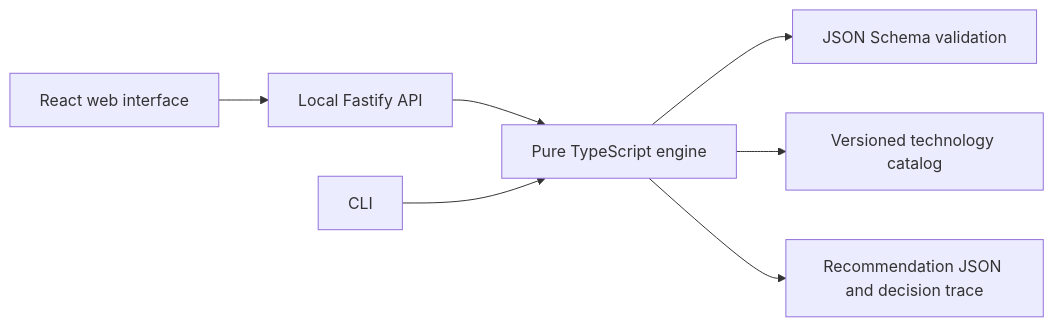
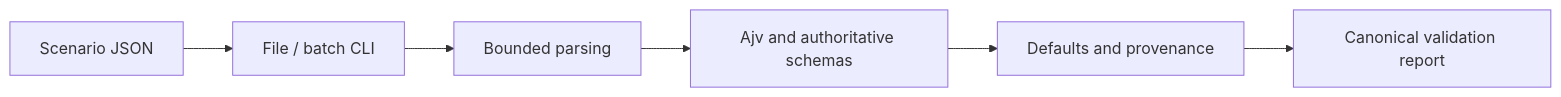
One commit to oki-dokii/StackSense changed the diagram in README.md. Above: the diagram before and after it, drawn with Mermaid. The commit also changed other lines of this file and 30 other files, not shown here.

Commit message:
feat: implement phase 1 contract validation and scenario CLI

````diff
--- a/README.md
+++ b/README.md
@@ -19,9 +73,8 @@
 ```mermaid
 flowchart LR
-  UI[React web interface] --> API[Local Fastify API]
-  API --> Engine[Pure TypeScript engine]
-  CLI[CLI] --> Engine
-  Engine --> Contracts[JSON Schema validation]
-  Engine --> KB[Versioned technology catalog]
-  Engine --> Output[Recommendation JSON and decision trace]
+  Input[Scenario JSON] --> CLI[File / batch CLI]
+  CLI --> Parse[Bounded parsing]
+  Parse --> Contracts[Ajv and authoritative schemas]
+  Contracts --> Normalize[Defaults and provenance]
+  Normalize --> Report[Canonical validation report]
 ```
````
